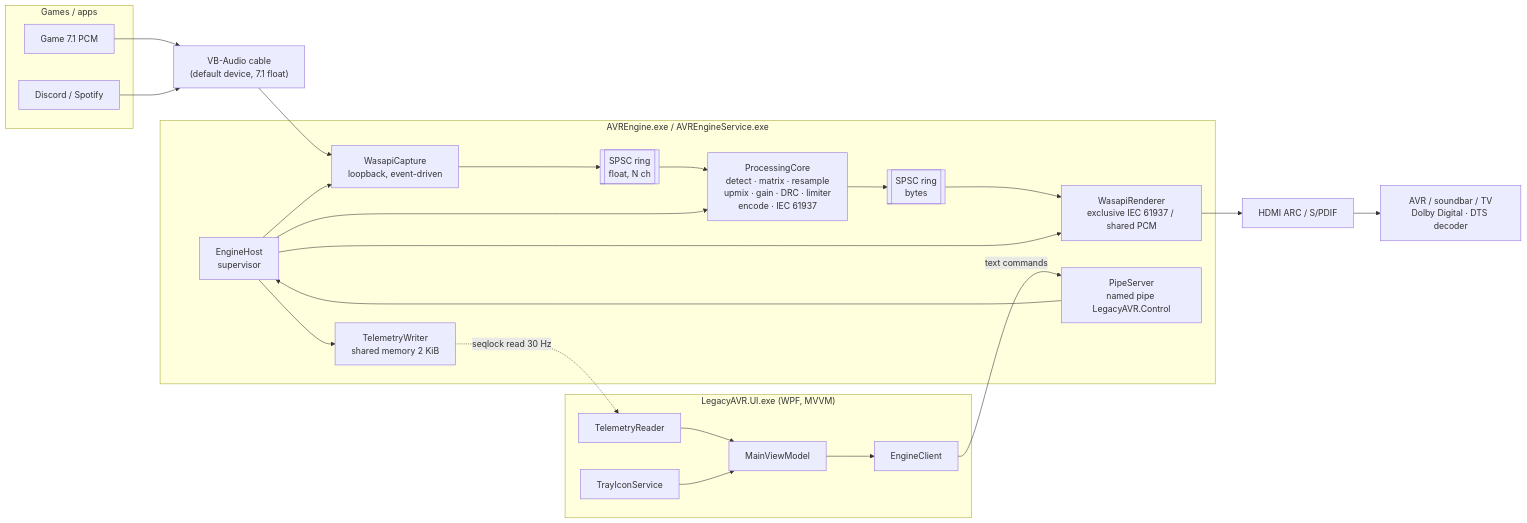
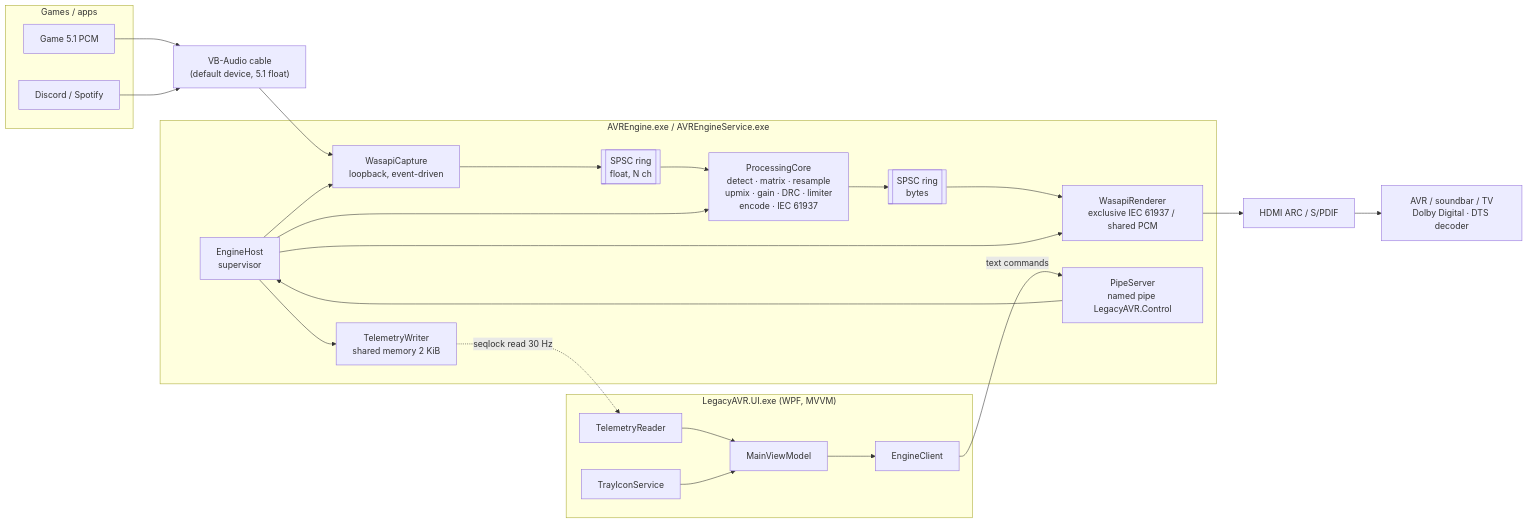
Before and after one commit to t-tilwani/LegacyAVR: the first of 4 diagrams in docs/ARCHITECTURE.md, drawn with Mermaid. The commit also changed other lines of this file and 61 other files, not shown here.

````diff
--- a/docs/ARCHITECTURE.md
+++ b/docs/ARCHITECTURE.md
@@ -34,33 +34,33 @@
 ```mermaid
 flowchart LR
     subgraph Apps["Games / apps"]
-        G[Game 7.1 PCM]
+        G[Game 5.1 PCM]
         D[Discord / Spotify]
     end
     G --> CABLE
     D --> CABLE
-    CABLE["VB-Audio cable<br/>(default device, 7.1 float)"]
+    CABLE["VB-Audio cable<br/>(default device, 5.1 float)"]
 
     subgraph ENGINE["AVREngine.exe / AVREngineService.exe"]
         CAP["WasapiCapture<br/>loopback, event-driven"]
         RING1[["SPSC ring<br/>float, N ch"]]
         CORE["ProcessingCore<br/>detect · matrix · resample<br/>upmix · gain · DRC · limiter<br/>encode · IEC 61937"]
         RING2[["SPSC ring<br/>bytes"]]
         REN["WasapiRenderer<br/>exclusive IEC 61937 / shared PCM"]
         HOST["EngineHost<br/>supervisor"]
         TEL["TelemetryWriter<br/>shared memory 2 KiB"]
         PIPE["PipeServer<br/>named pipe LegacyAVR.Control"]
     end
     CABLE --> CAP --> RING1 --> CORE --> RING2 --> REN --> HDMI["HDMI ARC / S/PDIF"] --> AVR["AVR / soundbar / TV<br/>Dolby Digital · DTS decoder"]
 
     subgraph UI["LegacyAVR.UI.exe (WPF, MVVM)"]
         VM[MainViewModel]
         TR[TelemetryReader]
         EC[EngineClient]
         TRAY[TrayIconService]
     end
     TEL -. "seqlock read 30 Hz" .-> TR --> VM
     VM --> EC -- "text commands" --> PIPE --> HOST
     HOST --> CAP & CORE & REN & TEL
     TRAY --> VM
 ```
````
